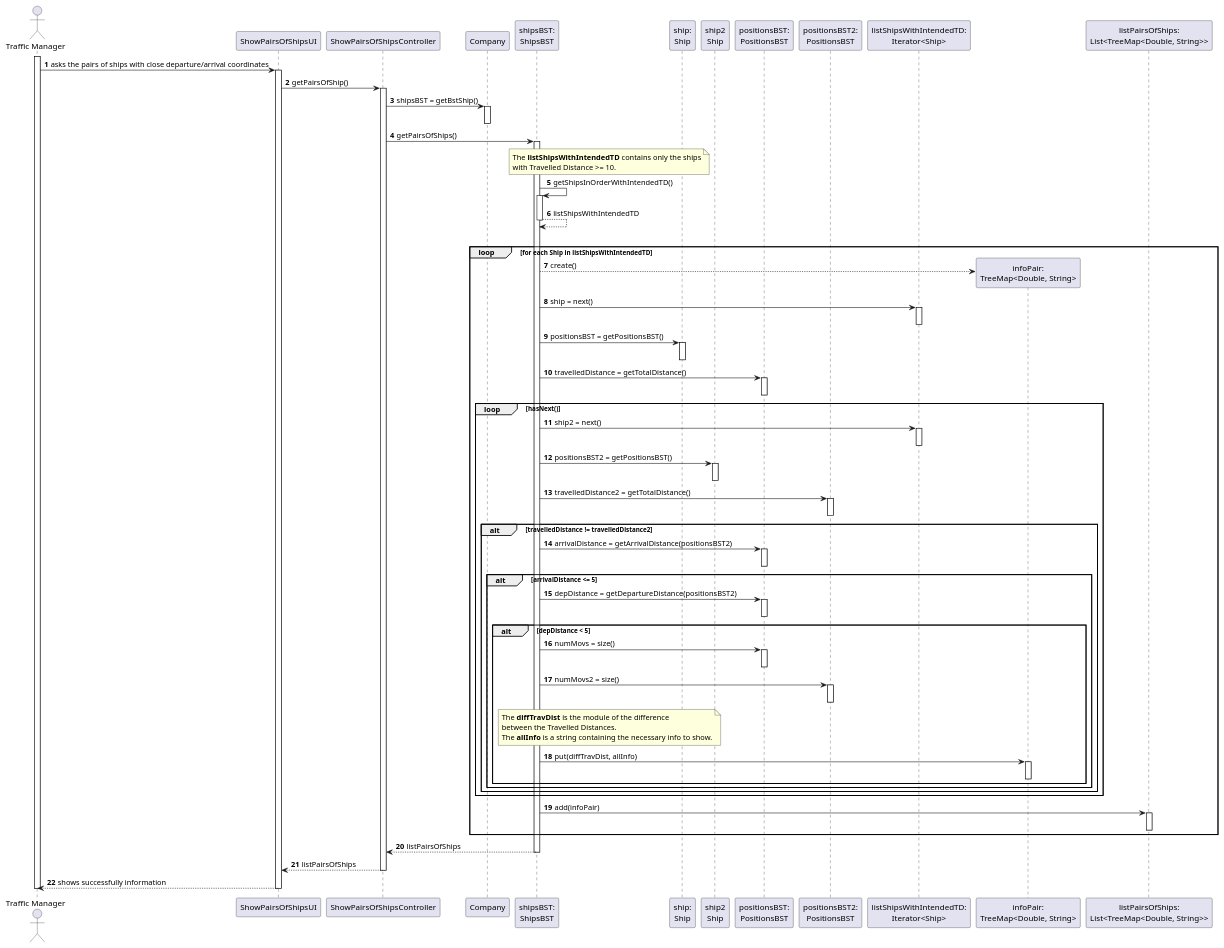
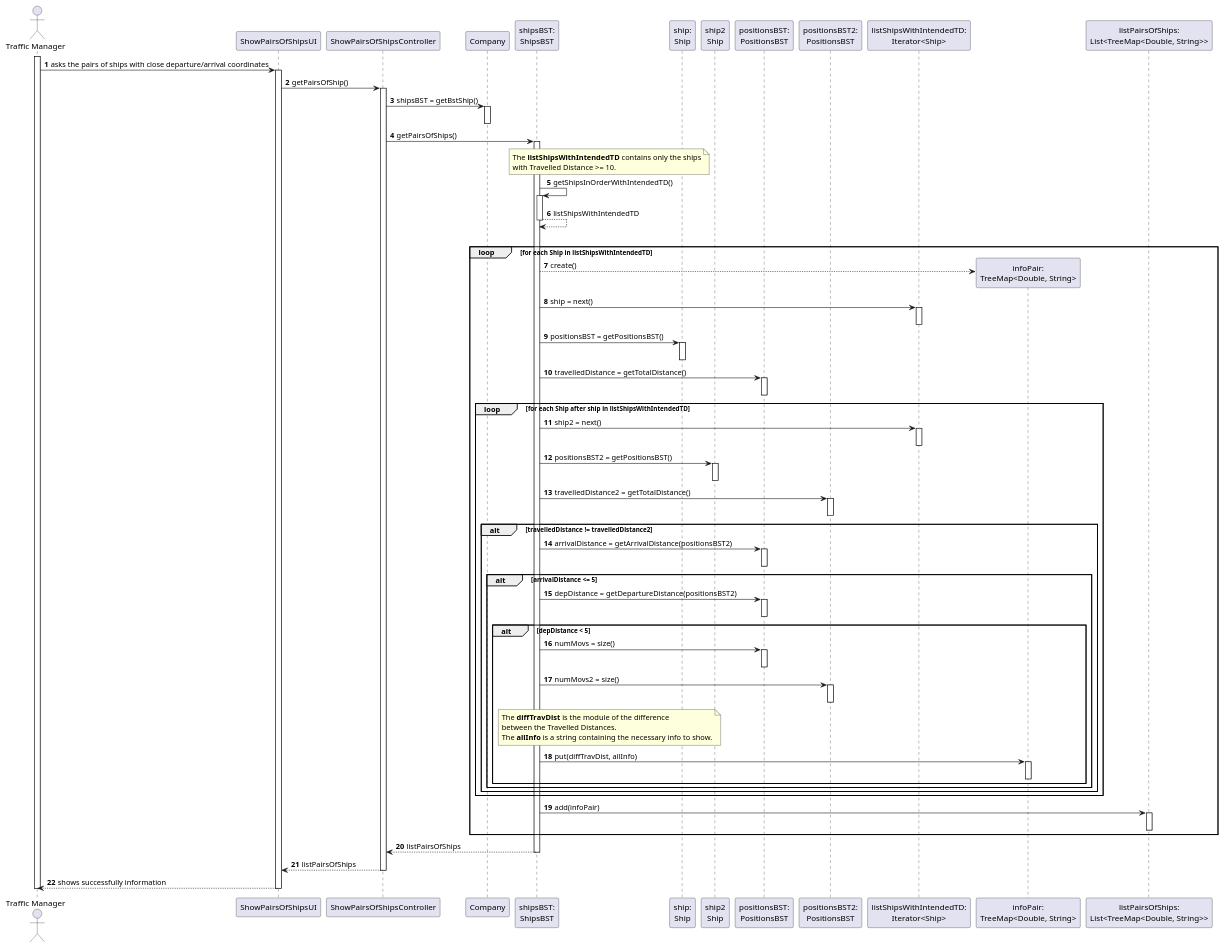
One commit to ana-albergaria/LAPR3-ISEP changed the diagram in docs/US107/US107_SD.puml. Above: the diagram before and after it, drawn with PlantUML. The commit also changed 22 other files, not shown here.

```diff
--- a/docs/US107/US107_SD.puml
+++ b/docs/US107/US107_SD.puml
@@ -1,152 +1,152 @@
 @startuml
 
 
 autonumber
 actor "Traffic Manager" as TM
 
 participant "ShowPairsOfShipsUI" as UI
 participant "ShowPairsOfShipsController" as CTRL
 participant "Company" as COMP
 participant "shipsBST:\nShipsBST" as BstShip
 participant "ship:\nShip" as S
 participant "ship2\nShip" as S2
 /'participant "ShipPosition" as SP'/
 participant "positionsBST:\nPositionsBST" as BstPosition
 participant "positionsBST2:\nPositionsBST" as BstPosition2
 participant "listShipsWithIntendedTD:\nIterator<Ship>" as ITERATOR
 participant "infoPair:\nTreeMap<Double, String>" as TREEMAP
 participant "listPairsOfShips:\nList<TreeMap<Double, String>>" as LIST
 
 
 activate TM
 TM -> "UI" : asks the pairs of ships with close departure/arrival coordinates
 activate "UI"
 UI -> CTRL : getPairsOfShip()
 activate CTRL
 CTRL -> COMP : shipsBST = getBstShip()
 activate COMP
 deactivate COMP
 CTRL -> BstShip : getPairsOfShips()
 /'decide what kind of list'/
 activate BstShip
 /'BstShip -> BstShip : listOfShips = inOrder() '/
 note over BstShip, S
 The **listShipsWithIntendedTD** contains only the ships
 with Travelled Distance >= 10.
 end note
 BstShip -> BstShip : getShipsInOrderWithIntendedTD()
 activate BstShip
 BstShip --> BstShip : listShipsWithIntendedTD
 deactivate BstShip
 |||
 loop for each Ship in listShipsWithIntendedTD
 BstShip --> TREEMAP** : create()
 BstShip -> ITERATOR : ship = next()
 activate ITERATOR
 deactivate ITERATOR
 /'BstShip -> S : travelledDistance = getTravelledDistance()
 activate S
 deactivate S
 '/
 BstShip -> S : positionsBST = getPositionsBST()
 activate S
 deactivate S
 BstShip -> BstPosition : travelledDistance = getTotalDistance()
 activate BstPosition
 deactivate BstPosition
 /'alteração alt em baixo: travelledDistance2 >= 10 em vez de > 10'/
 /'alt travelledDistance >= 10'/
-loop hasNext()
+loop for each Ship after ship in listShipsWithIntendedTD
 BstShip -> ITERATOR : ship2 = next()
 activate ITERATOR
 deactivate ITERATOR
 BstShip -> S2 : positionsBST2 = getPositionsBST()
 activate S2
 deactivate S2
 BstShip -> BstPosition2 : travelledDistance2 = getTotalDistance()
 activate BstPosition2
 deactivate BstPosition2
 /'BstShip -> S2 : travelledDistance2 = getTravelledDistance()
 activate S2
 deactivate S2'/
 /'alteração alt em baixo: && travelledDistance2 >= 10'/
 /'alt travelledDistance != travelledDistance2 && travelledDistance2 >= 10'/
 alt travelledDistance != travelledDistance2
 /'BstShip -> BstPosition : arrivalLat = getArrivalLatitude()
 activate BstPosition
 deactivate BstPosition
 BstShip -> BstPosition : arrivalLog = getArrivalLongitude()
 activate BstPosition
 deactivate BstPosition
 BstShip -> BstPosition2 : arrivalLat2 = getArrivalLatitude()
 activate BstPosition2
 deactivate BstPosition2
 BstShip -> BstPosition2 : arrivalLog2 = getArrivalLongitude()
 activate BstPosition2
 deactivate BstPosition2
 BstShip -> BstPosition : arrivalDistance = distanceBetweenInKm(arrivalLat, arrivalLat2, arrivalLog, arrivalLog2)'/
 BstShip -> BstPosition : arrivalDistance = getArrivalDistance(positionsBST2)
 activate BstPosition
 deactivate BstPosition
 alt arrivalDistance <= 5
 /'BstShip -> BstPosition : depLat = getDeparLatitude()
 activate BstPosition
 deactivate BstPosition
 BstShip -> BstPosition : depLog = getDepartLongitude()
 activate BstPosition
 deactivate BstPosition
 BstShip -> BstPosition2 : depLat2 = getDepartLatitude()
 activate BstPosition2
 deactivate BstPosition2
 BstShip -> BstPosition2 : depLog2 = getDepartLongitude()
 activate BstPosition2
 deactivate BstPosition2
 BstShip -> BstPosition : depDistance = distanceBetweenInKm(depLat, depLat2, depLog, depLog2)
 activate BstPosition
 deactivate BstPosition'/
 BstShip -> BstPosition : depDistance = getDepartureDistance(positionsBST2)
 activate BstPosition
 deactivate BstPosition
 alt depDistance < 5
 
 BstShip -> BstPosition : numMovs = size()
 activate BstPosition
 deactivate BstPosition
 BstShip -> BstPosition2 : numMovs2 = size()
 activate BstPosition2
 deactivate BstPosition2
 
 note over BstShip, S
 The **diffTravDist** is the module of the difference
 between the Travelled Distances.
 The **allInfo** is a string containing the necessary info to show.
 end note
 
 BstShip -> TREEMAP : put(diffTravDist, allInfo)
 activate TREEMAP
 deactivate TREEMAP
 end
 end
 end
 end
 BstShip -> LIST : add(infoPair)
 activate LIST
 deactivate LIST
 /'end'/
 end
 
 BstShip --> CTRL : listPairsOfShips
 deactivate BstShip
 CTRL --> UI : listPairsOfShips
 deactivate CTRL
 "UI" --> TM : shows successfully information
 
 deactivate "UI"
 
 
 
 
 
 deactivate TM
 
 @enduml
```
